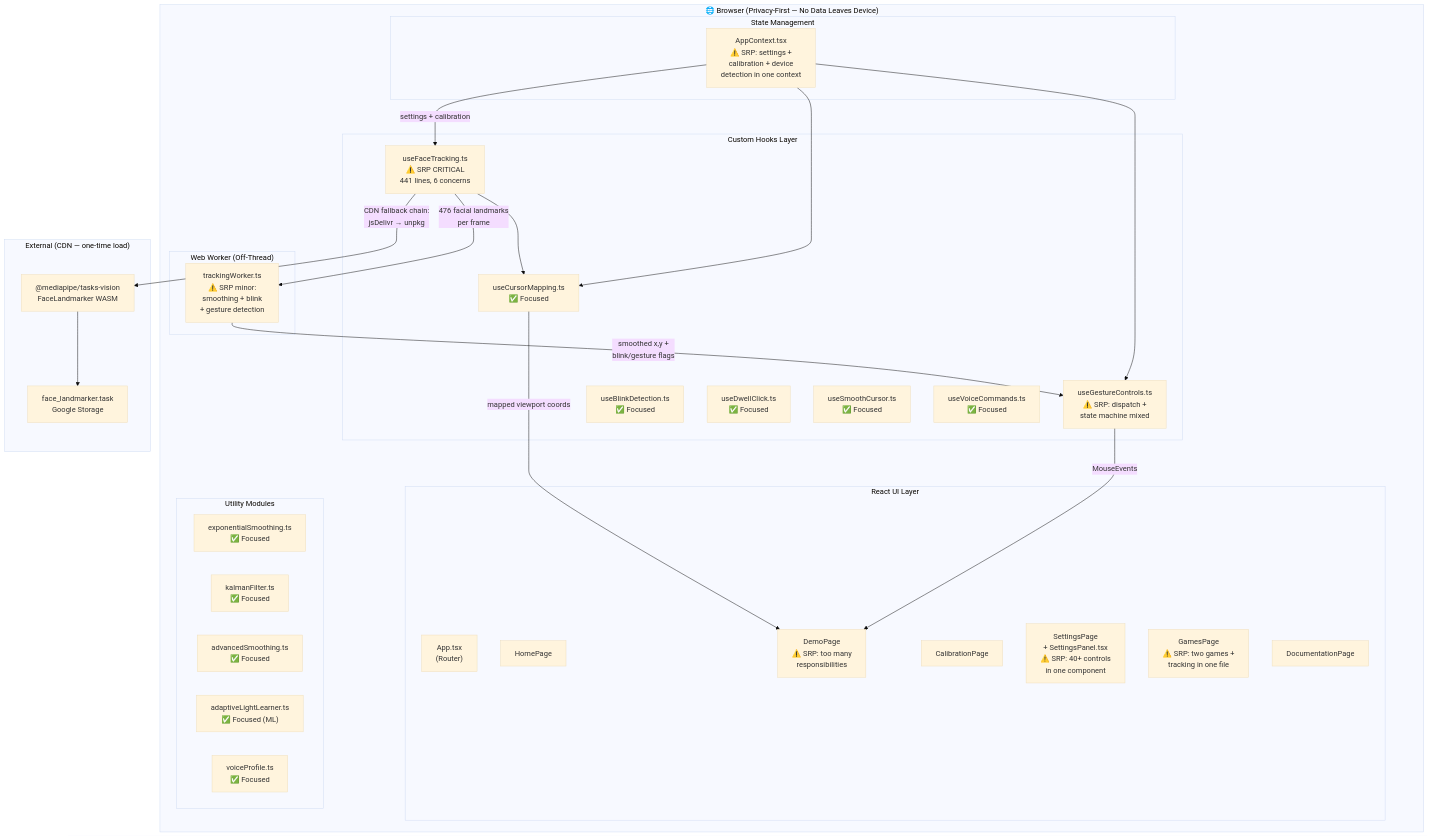
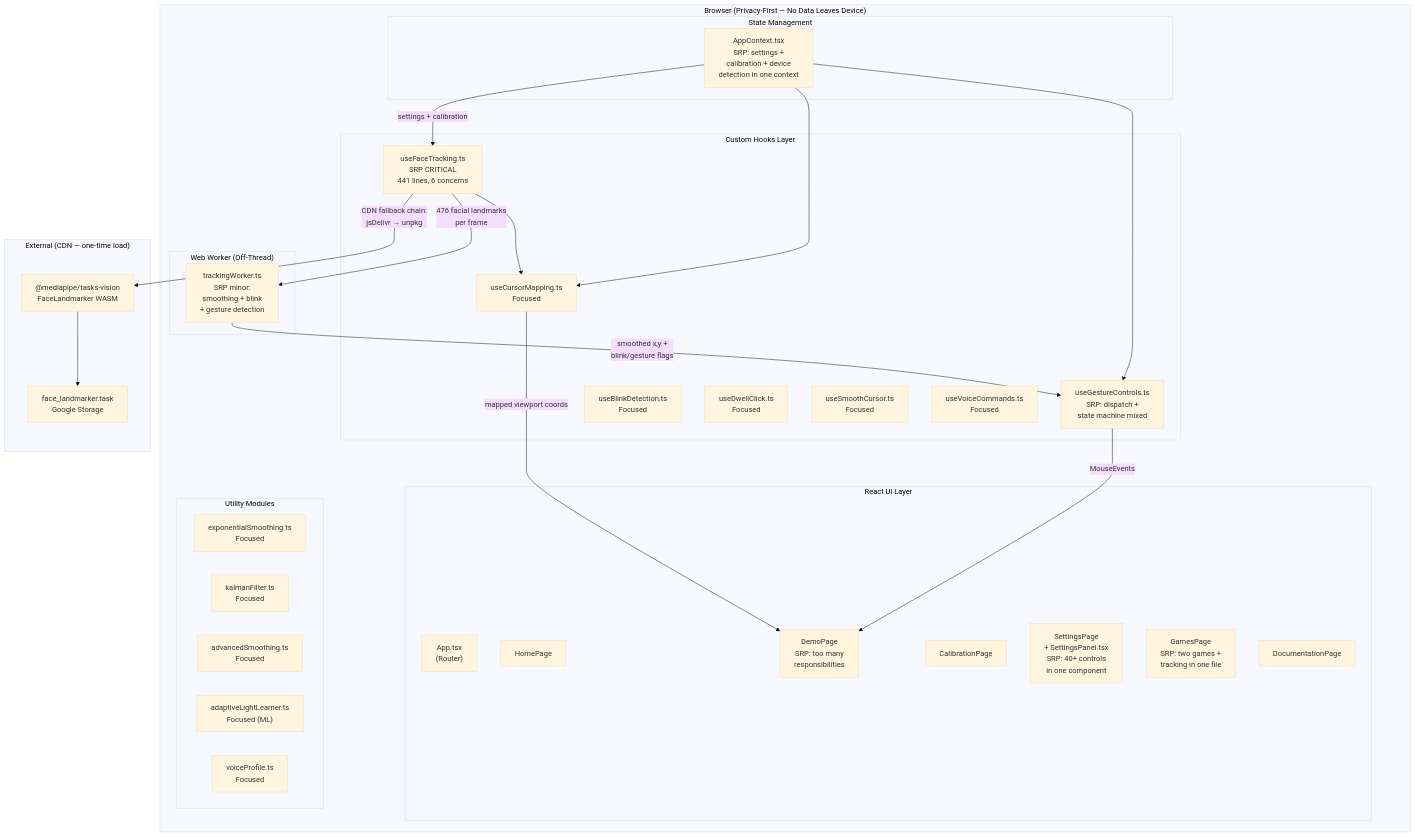
One commit to aadibhat09/NodCursor changed the second of 16 diagrams in docs/KANBAN_BOARD.md. Above: the diagram before and after it, drawn with Mermaid (base theme). The commit also changed other lines of this file and 17 other files, not shown here.

````diff
--- a/docs/KANBAN_BOARD.md
+++ b/docs/KANBAN_BOARD.md
@@ -42,56 +42,56 @@
 ```mermaid
 flowchart TD
-  subgraph Browser["🌐 Browser (Privacy-First — No Data Leaves Device)"]
+  subgraph Browser[" Browser (Privacy-First — No Data Leaves Device)"]
     subgraph UI["React UI Layer"]
       App["App.tsx\n(Router)"]
       Home["HomePage"]
-      Demo["DemoPage\n⚠️ SRP: too many\nresponsibilities"]
+      Demo["DemoPage\n SRP: too many\nresponsibilities"]
       Cal["CalibrationPage"]
-      Set["SettingsPage\n+ SettingsPanel.tsx\n⚠️ SRP: 40+ controls\nin one component"]
-      Games["GamesPage\n⚠️ SRP: two games +\ntracking in one file"]
+      Set["SettingsPage\n+ SettingsPanel.tsx\n SRP: 40+ controls\nin one component"]
+      Games["GamesPage\n SRP: two games +\ntracking in one file"]
       Docs["DocumentationPage"]
     end
 
     subgraph Hooks["Custom Hooks Layer"]
-      FT["useFaceTracking.ts\n⚠️ SRP CRITICAL\n441 lines, 6 concerns"]
-      GC["useGestureControls.ts\n⚠️ SRP: dispatch +\nstate machine mixed"]
-      CM["useCursorMapping.ts\n✅ Focused"]
-      BD["useBlinkDetection.ts\n✅ Focused"]
-      DC["useDwellClick.ts\n✅ Focused"]
-      SC["useSmoothCursor.ts\n✅ Focused"]
-      VC["useVoiceCommands.ts\n✅ Focused"]
+      FT["useFaceTracking.ts\n SRP CRITICAL\n441 lines, 6 concerns"]
+      GC["useGestureControls.ts\n SRP: dispatch +\nstate machine mixed"]
+      CM["useCursorMapping.ts\n Focused"]
+      BD["useBlinkDetection.ts\n Focused"]
+      DC["useDwellClick.ts\n Focused"]
+      SC["useSmoothCursor.ts\n Focused"]
+      VC["useVoiceCommands.ts\n Focused"]
     end
 
     subgraph Workers["Web Worker (Off-Thread)"]
-      TW["trackingWorker.ts\n⚠️ SRP minor:\nsmoothing + blink\n+ gesture detection"]
+      TW["trackingWorker.ts\n SRP minor:\nsmoothing + blink\n+ gesture detection"]
     end
 
     subgraph Utils["Utility Modules"]
-      ES["exponentialSmoothing.ts\n✅ Focused"]
-      KF["kalmanFilter.ts\n✅ Focused"]
-      AS["advancedSmoothing.ts\n✅ Focused"]
-      AL["adaptiveLightLearner.ts\n✅ Focused (ML)"]
-      VP["voiceProfile.ts\n✅ Focused"]
+      ES["exponentialSmoothing.ts\n Focused"]
+      KF["kalmanFilter.ts\n Focused"]
+      AS["advancedSmoothing.ts\n Focused"]
+      AL["adaptiveLightLearner.ts\n Focused (ML)"]
+      VP["voiceProfile.ts\n Focused"]
     end
 
     subgraph State["State Management"]
-      AC["AppContext.tsx\n⚠️ SRP: settings +\ncalibration + device\ndetection in one context"]
+      AC["AppContext.tsx\n SRP: settings +\ncalibration + device\ndetection in one context"]
     end
   end
 
   subgraph External["External (CDN — one-time load)"]
     MP["@mediapipe/tasks-vision\nFaceLandmarker WASM"]
     Model["face_landmarker.task\nGoogle Storage"]
   end
 
   FT -->|"476 facial landmarks\nper frame"| TW
   TW -->|"smoothed x,y +\nblink/gesture flags"| GC
   FT --> CM
   CM -->|"mapped viewport coords"| Demo
   GC -->|"MouseEvents"| Demo
   AC -->|"settings + calibration"| FT
   AC --> GC
   AC --> CM
   FT -->|"CDN fallback chain:\njsDelivr → unpkg"| MP
   MP --> Model
 ```
````
